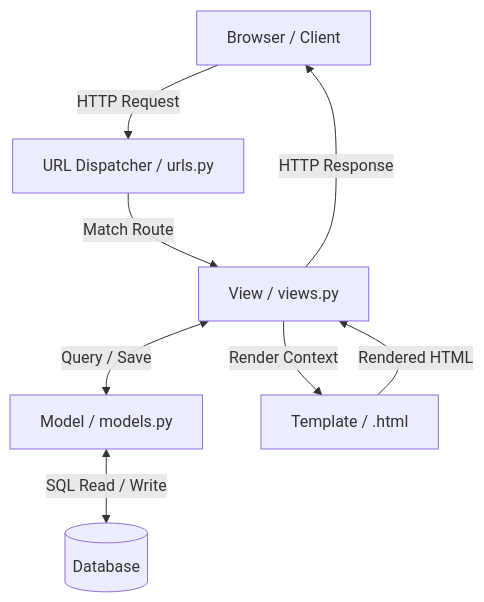
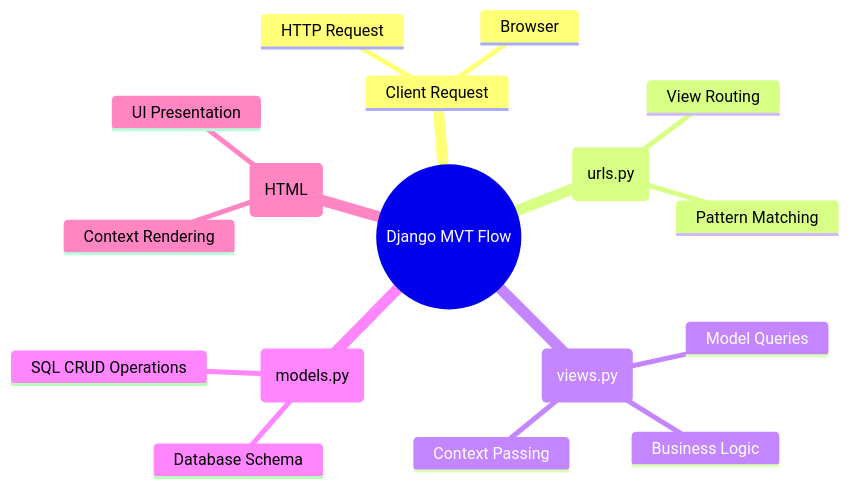
The first of 2 diagrams in SWE/Backend/04 - Backend Engineering/03. Backend Frameworks/3.3. Django/3.3.1. Django Overview and MVT Pattern.md (Vtheonly/Obsidian_Notes), drawn with Mermaid before and after one commit. The commit also changed other lines of this file and 2650 other files, not shown here.

````diff
--- a/SWE/Backend/04 - Backend Engineering/03. Backend Frameworks/3.3. Django/3.3.1. Django Overview and MVT Pattern.md
+++ b/SWE/Backend/04 - Backend Engineering/03. Backend Frameworks/3.3. Django/3.3.1. Django Overview and MVT Pattern.md
@@ -22,10 +22,20 @@
 ```mermaid
-graph TD
-    Client[Browser / Client] -->|HTTP Request| URL[URL Dispatcher / urls.py]
-    URL -->|Match Route| View[View / views.py]
-    View <-->|Query / Save| Model[Model / models.py]
-    Model <-->|SQL Read / Write| DB[(Database)]
-    View -->|Render Context| Template[Template / .html]
-    Template -->|Rendered HTML| View
-    View -->|HTTP Response| Client
+mindmap
+  root((Django MVT Flow))
+    Client Request
+      Browser
+      HTTP Request
+    URL Dispatcher (urls.py)
+      Pattern Matching
+      View Routing
+    View (views.py)
+      Model Queries
+      Business Logic
+      Context Passing
+    Model (models.py)
+      Database Schema
+      SQL CRUD Operations
+    Template (HTML)
+      Context Rendering
+      UI Presentation
 ```
````
